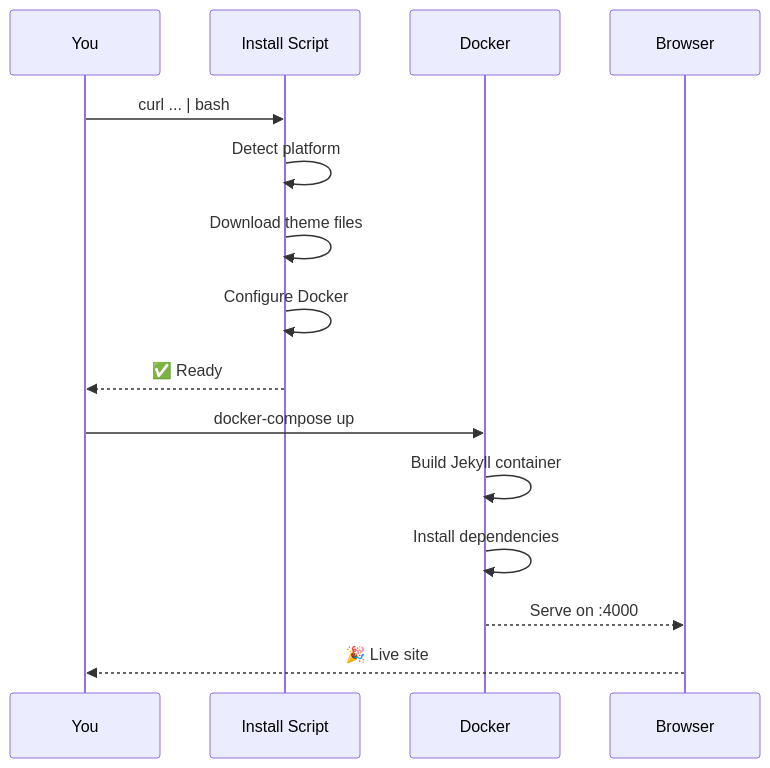
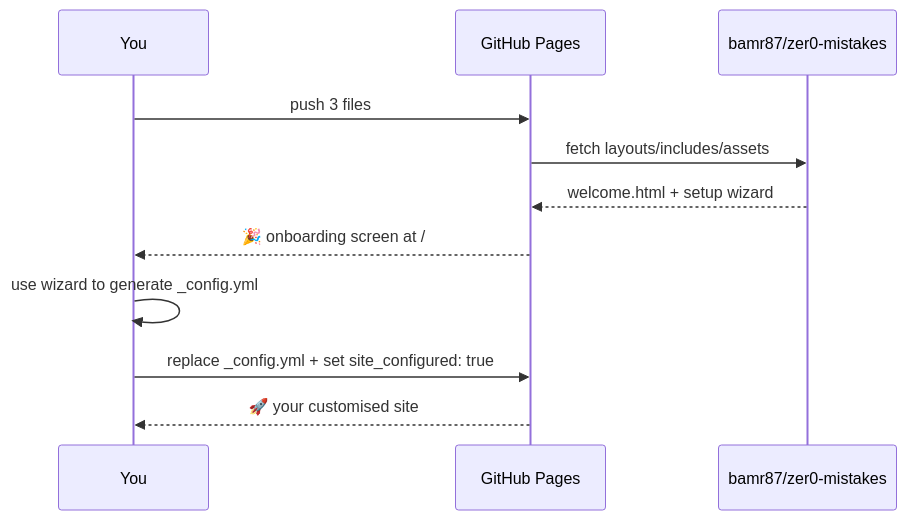
The second of 15 diagrams in packages/zer0-mistakes/README.md (bamr87/zer0-CMS), drawn with Mermaid before and after one commit. The commit also changed other lines of this file and 4 other files, not shown here.

First line of the commit message:
feat(welcome): add bare-minimum 3-file remote-theme starter

````diff
--- a/packages/zer0-mistakes/README.md
+++ b/packages/zer0-mistakes/README.md
@@ -161,20 +215,14 @@
 ```mermaid
 sequenceDiagram
     participant You
-    participant InstallScript as Install Script
-    participant Docker
-    participant Browser
+    participant GitHubPages as GitHub Pages
+    participant RemoteTheme as bamr87/zer0-mistakes
 
-    You->>InstallScript: curl ... | bash
-    InstallScript->>InstallScript: Detect platform
-    InstallScript->>InstallScript: Download theme files
-    InstallScript->>InstallScript: Configure Docker
-    InstallScript-->>You: ✅ Ready
-
-    You->>Docker: docker-compose up
-    Docker->>Docker: Build Jekyll container
-    Docker->>Docker: Install dependencies
-    Docker-->>Browser: Serve on :4000
-
-    Browser-->>You: 🎉 Live site
+    You->>GitHubPages: push 3 files
+    GitHubPages->>RemoteTheme: fetch layouts/includes/assets
+    RemoteTheme-->>GitHubPages: welcome.html + setup wizard
+    GitHubPages-->>You: 🎉 onboarding screen at /
+    You->>You: use wizard to generate _config.yml
+    You->>GitHubPages: replace _config.yml + set site_configured: true
+    GitHubPages-->>You: 🚀 your customised site
 ```
````
